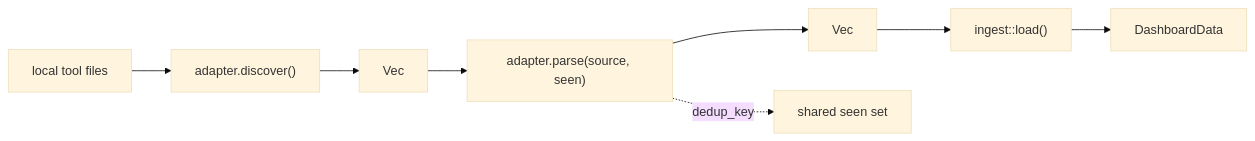
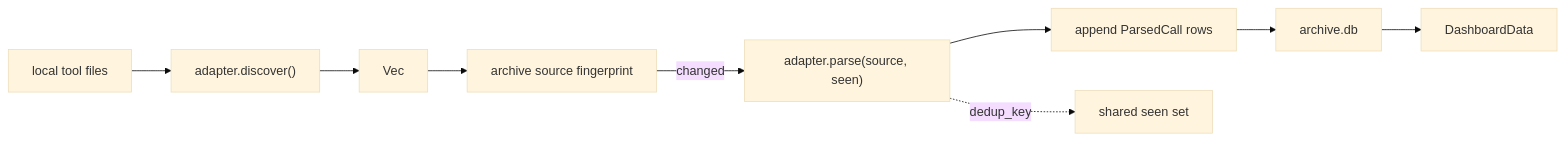
One commit to russmckendrick/tokenuse changed the diagram in docs/tools/README.md. Above: the diagram before and after it, drawn with Mermaid (base theme). The commit also changed other lines of this file and 17 other files, not shown here.

````diff
--- a/docs/tools/README.md
+++ b/docs/tools/README.md
@@ -18,10 +18,11 @@
 ```mermaid
 flowchart LR
     A["local tool files"] --> B["adapter.discover()"]
     B --> C["Vec<SessionSource>"]
-    C --> D["adapter.parse(source, seen)"]
-    D --> E["Vec<ParsedCall>"]
-    E --> F["ingest::load()"]
-    F --> G["DashboardData"]
-    D -. "dedup_key" .-> H["shared seen set"]
+    C --> D["archive source fingerprint"]
+    D -->|changed| E["adapter.parse(source, seen)"]
+    E --> F["append ParsedCall rows"]
+    F --> G["archive.db"]
+    G --> H["DashboardData"]
+    E -. "dedup_key" .-> I["shared seen set"]
 ```
````
